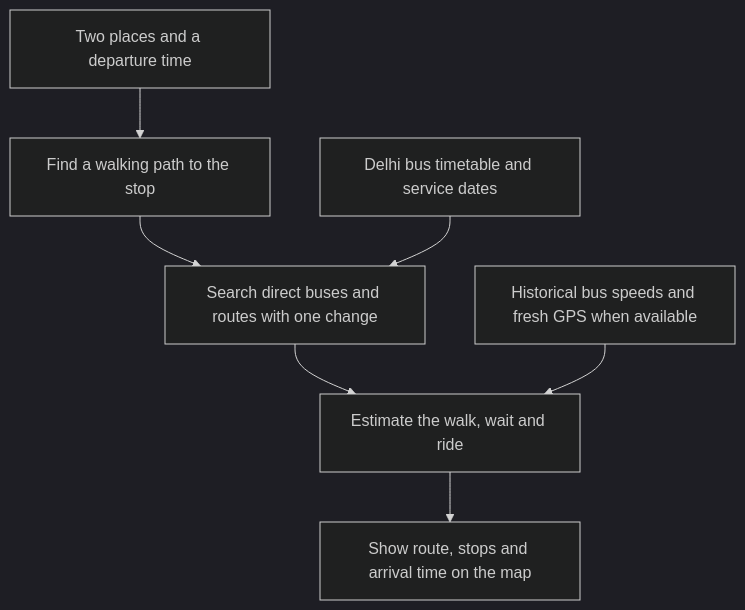
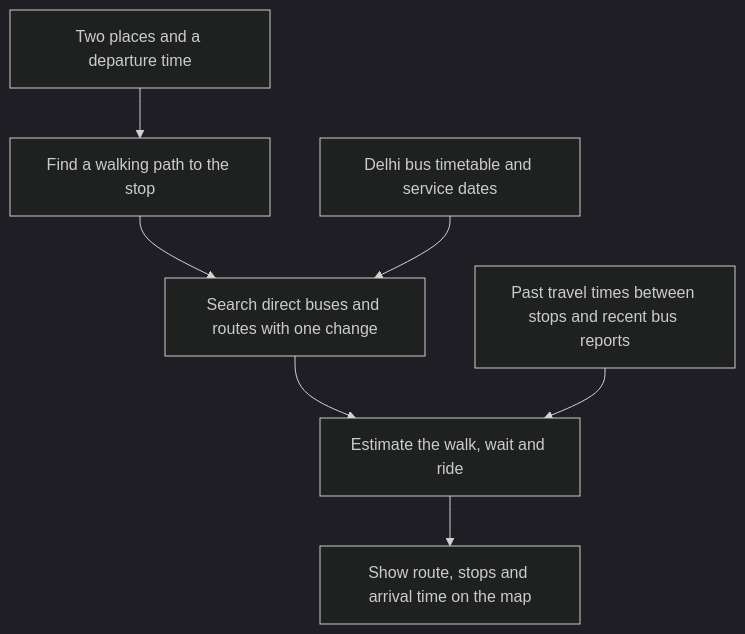
One commit to Shubhamjain752/delhi-bus-atlas-submission changed the diagram in README.md. Above: the diagram before and after it, drawn with Mermaid (dark theme). The commit also changed other lines of this file, not shown here.

````diff
--- a/README.md
+++ b/README.md
@@ -10,9 +10,9 @@
 ```mermaid
 flowchart TD
     A[Two places and a departure time] --> B[Find a walking path to the stop]
     B --> C[Search direct buses and routes with one change]
     D[Delhi bus timetable and service dates] --> C
     C --> E[Estimate the walk, wait and ride]
-    F[Historical bus speeds and fresh GPS when available] --> E
+    F[Past travel times between stops and recent bus reports] --> E
     E --> G[Show route, stops and arrival time on the map]
 ```
````
